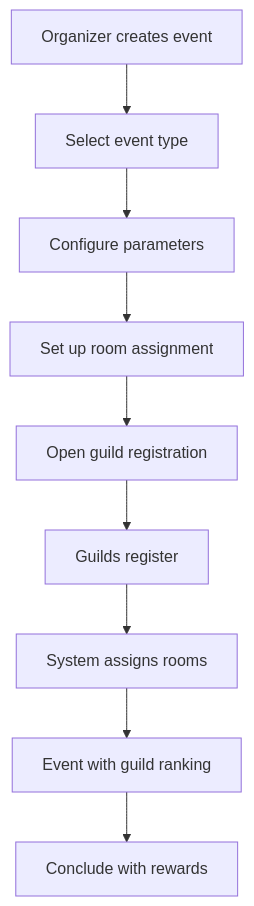
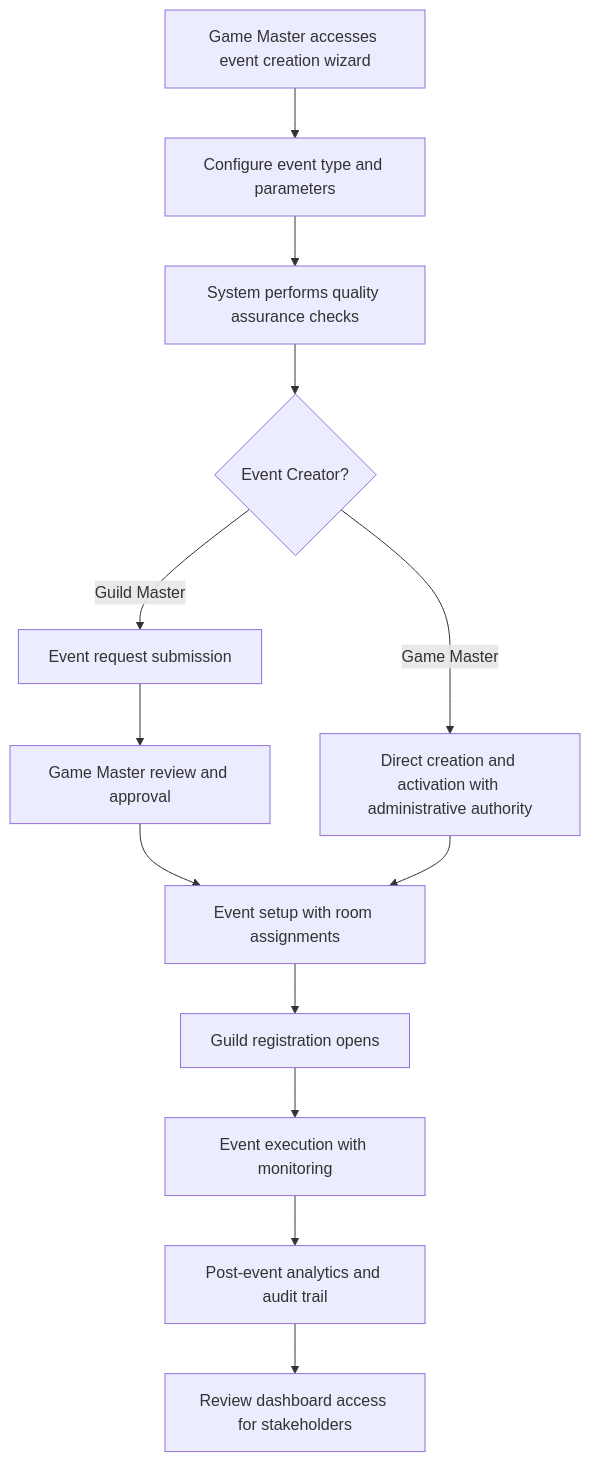
Diagram 11 of 15 in docs/detailed-use-cases.md (FA25SE050-RogueLearn/RogueLearn.BMAD.Documentation), drawn with Mermaid before and after one commit. The commit also changed other lines of this file and 6 other files, not shown here.

First line of the commit message:
docs: update event management docs with game master authority

````diff
--- a/docs/detailed-use-cases.md
+++ b/docs/detailed-use-cases.md
@@ -314,11 +314,15 @@
 ```mermaid
 flowchart TD
-    A[Organizer creates event] --> B[Select event type]
-    B --> C[Configure parameters]
-    C --> D[Set up room assignment]
-    D --> E[Open guild registration]
-    E --> F[Guilds register]
-    F --> G[System assigns rooms]
-    G --> H[Event with guild ranking]
-    H --> I[Conclude with rewards]
+    A[Game Master accesses event creation wizard] --> B[Configure event type and parameters]
+    B --> C[System performs quality assurance checks]
+    C --> D{Event Creator?}
+    D -->|Game Master| E[Direct creation and activation with administrative authority]
+    D -->|Guild Master| F[Event request submission]
+    F --> G[Game Master review and approval]
+    G --> H[Event setup with room assignments]
+    E --> H
+    H --> I[Guild registration opens]
+    I --> J[Event execution with monitoring]
+    J --> K[Post-event analytics and audit trail]
+    K --> L[Review dashboard access for stakeholders]
 ```
````
